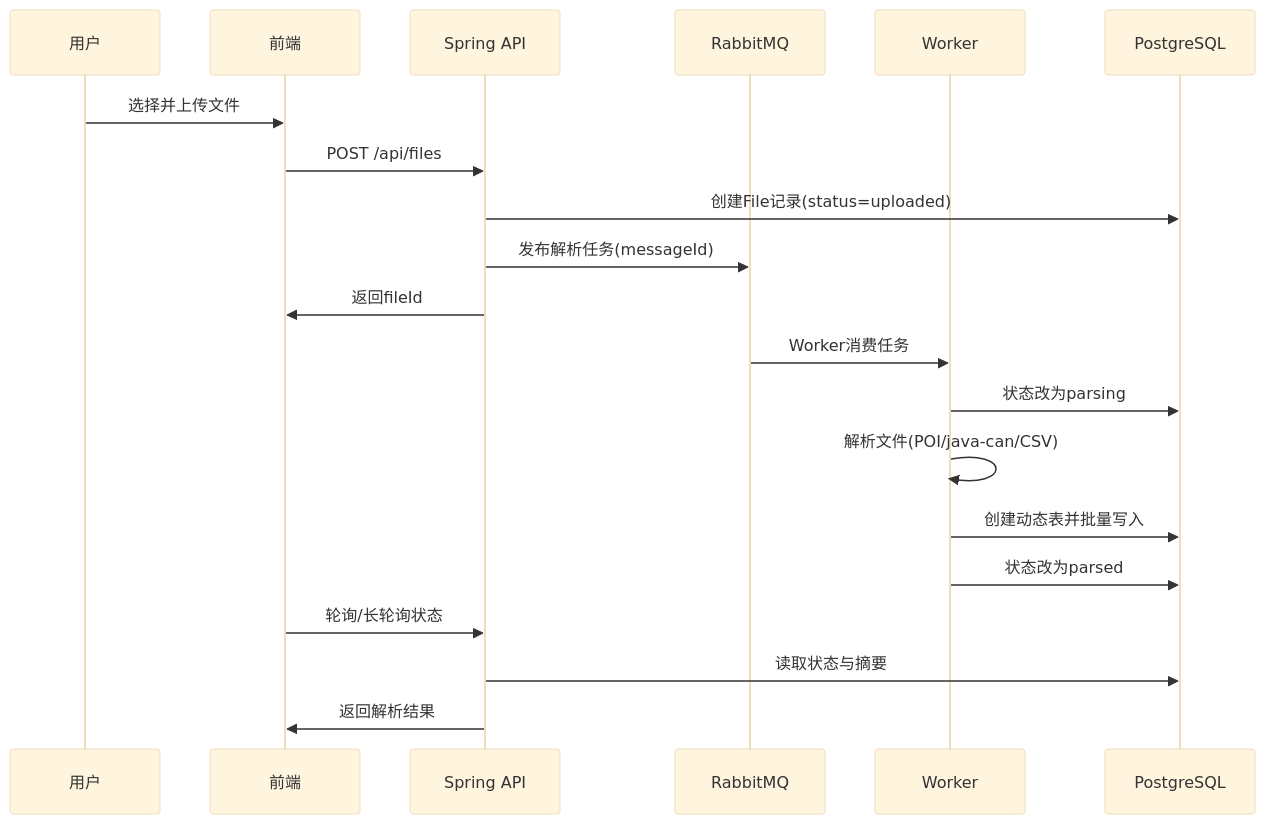
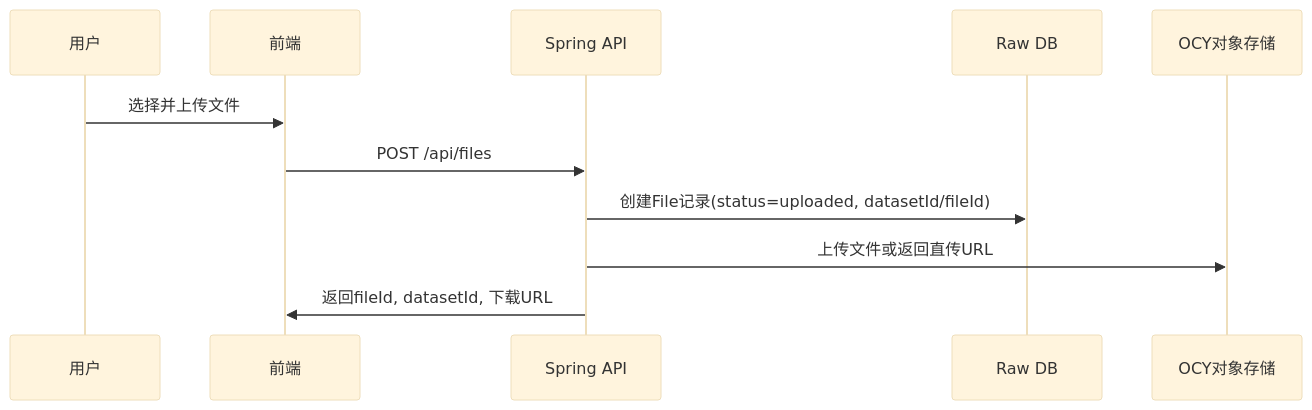
Before and after one commit to fenwickxie/data_develop_java: diagram 16 of 18 in docs/INTERACTION_LOGIC_JAVA.md, drawn with Mermaid (base theme). The commit also changed other lines of this file and 86 other files, not shown here.

````diff
--- a/docs/INTERACTION_LOGIC_JAVA.md
+++ b/docs/INTERACTION_LOGIC_JAVA.md
@@ -472,26 +553,14 @@
 ```mermaid
 sequenceDiagram
     participant U as 用户
     participant F as 前端
     participant A as Spring API
-    participant MQ as RabbitMQ
-    participant C as Worker
-    participant DB as PostgreSQL
+    participant DBR as Raw DB
+    participant OBS as OCY对象存储
 
     U->>F: 选择并上传文件
     F->>A: POST /api/files
-
-    A->>DB: 创建File记录(status=uploaded)
-    A->>MQ: 发布解析任务(messageId)
-    A->>F: 返回fileId
-
-    MQ->>C: Worker消费任务
-    C->>DB: 状态改为parsing
-    C->>C: 解析文件(POI/java-can/CSV)
-    C->>DB: 创建动态表并批量写入
-    C->>DB: 状态改为parsed
-
-    F->>A: 轮询/长轮询状态
-    A->>DB: 读取状态与摘要
-    A->>F: 返回解析结果
+    A->>DBR: 创建File记录(status=uploaded, datasetId/fileId)
+    A->>OBS: 上传文件或返回直传URL
+    A->>F: 返回fileId, datasetId, 下载URL
 ```
````
